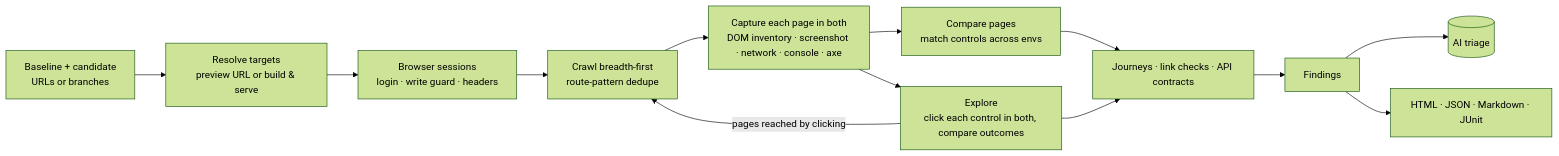
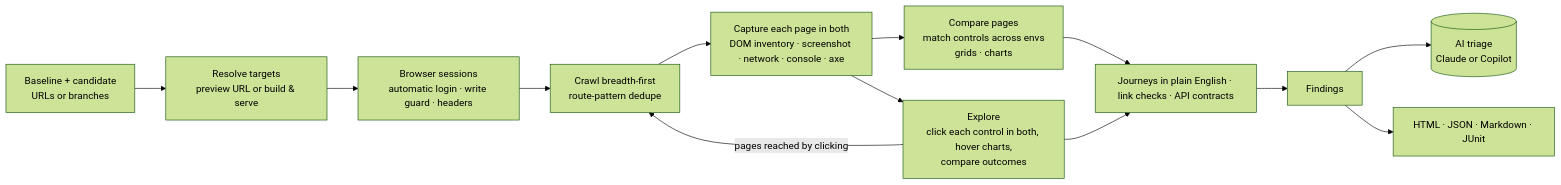
One commit to suchith-arella/envdiff changed the diagram in README.md. Above: the diagram before and after it, drawn with Mermaid (forest theme). The commit also changed other lines of this file and 25 other files, not shown here.

````diff
--- a/README.md
+++ b/README.md
@@ -273,14 +426,14 @@
 ```mermaid
 flowchart LR
   A[Baseline + candidate<br/>URLs or branches] --> B[Resolve targets<br/>preview URL or build & serve]
-  B --> C[Browser sessions<br/>login · write guard · headers]
+  B --> C[Browser sessions<br/>automatic login · write guard · headers]
   C --> D[Crawl breadth-first<br/>route-pattern dedupe]
   D --> E[Capture each page in both<br/>DOM inventory · screenshot · network · console · axe]
-  E --> F[Compare pages<br/>match controls across envs]
-  E --> G[Explore<br/>click each control in both, compare outcomes]
+  E --> F[Compare pages<br/>match controls across envs<br/>grids · charts]
+  E --> G[Explore<br/>click each control in both, hover charts,<br/>compare outcomes]
   G -->|pages reached by clicking| D
-  F & G --> H[Journeys · link checks · API contracts]
+  F & G --> H[Journeys in plain English · link checks · API contracts]
   H --> I[Findings]
-  I --> J[(AI triage)]
+  I --> J[(AI triage<br/>Claude or Copilot)]
   I --> K[HTML · JSON · Markdown · JUnit]
 ```
````
